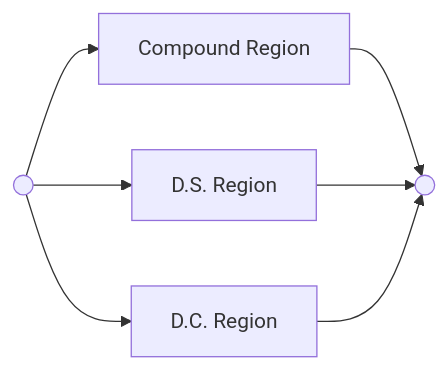
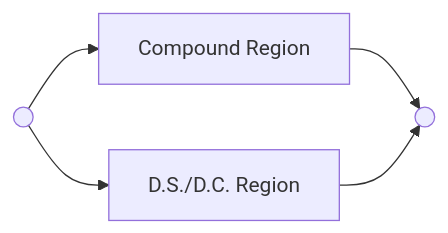
One commit to ruimo/klavier-core changed the first of 9 diagrams in docs/repeat/structure.md. Above: the diagram before and after it, drawn with Mermaid. The commit also changed other lines of this file and 24 other files, not shown here.

````diff
--- a/docs/repeat/structure.md
+++ b/docs/repeat/structure.md
@@ -14,6 +14,5 @@
 ``` mermaid
 graph LR
   S(( )) --> CR[Compound Region] --> E(( ));
-  S --> DS[D.S. Region] --> E;
-  S --> DC[D.C. Region] --> E;
+  S --> DS[D.S./D.C. Region] --> E;
 ```
````
